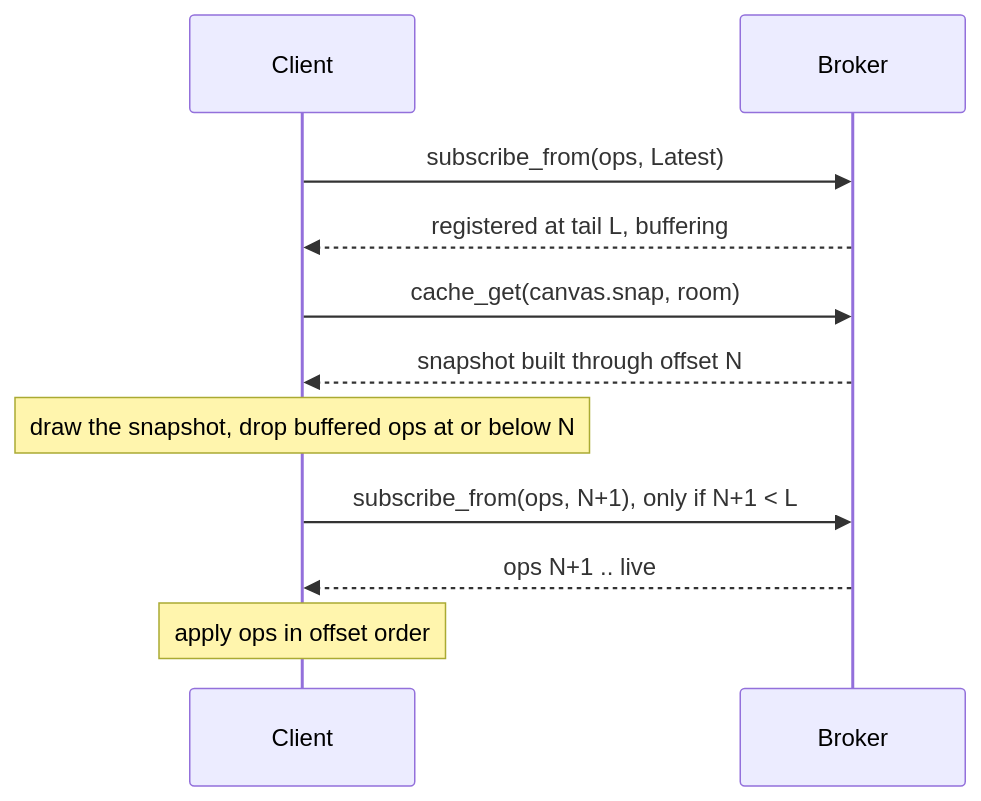
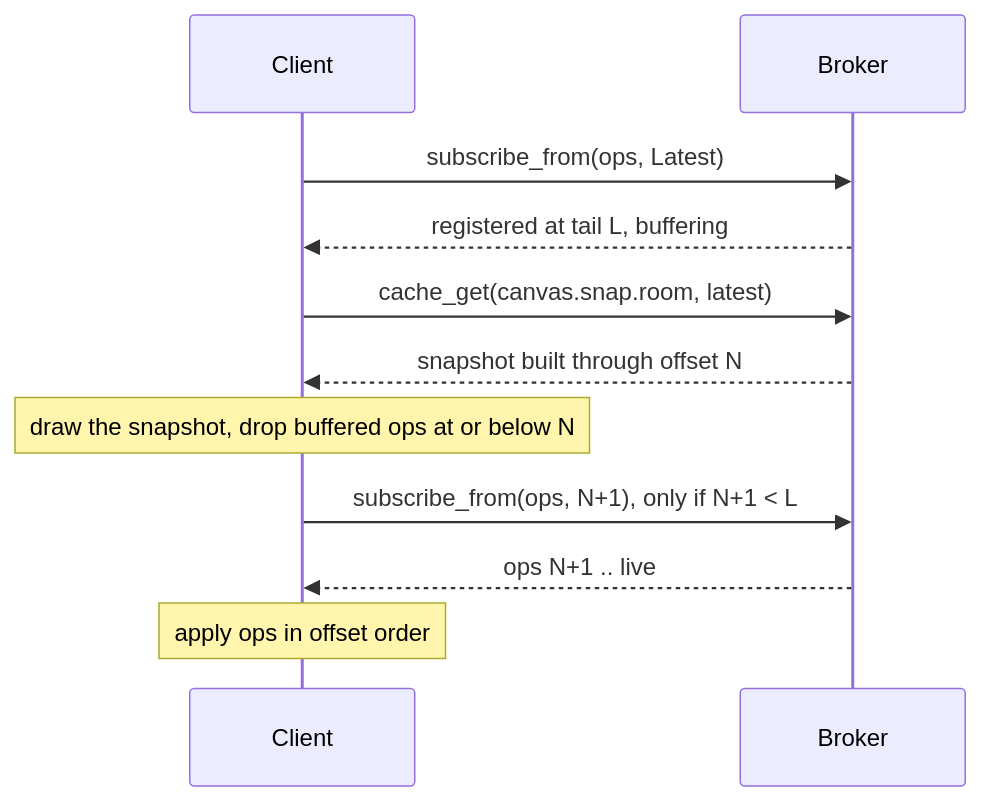
The second of 3 diagrams in docs/design.md (GetFelix/felix-canvas), drawn with Mermaid before and after one commit. The commit also changed other lines of this file and 35 other files, not shown here.

````diff
--- a/docs/design.md
+++ b/docs/design.md
@@ -249,13 +250,13 @@
 ```mermaid
 sequenceDiagram
     participant C as Client
     participant B as Broker
     C->>B: subscribe_from(ops, Latest)
     B-->>C: registered at tail L, buffering
-    C->>B: cache_get(canvas.snap, room)
+    C->>B: cache_get(canvas.snap.room, latest)
     B-->>C: snapshot built through offset N
     Note over C: draw the snapshot, drop buffered ops at or below N
     C->>B: subscribe_from(ops, N+1), only if N+1 < L
     B-->>C: ops N+1 .. live
     Note over C: apply ops in offset order
 ```
````
